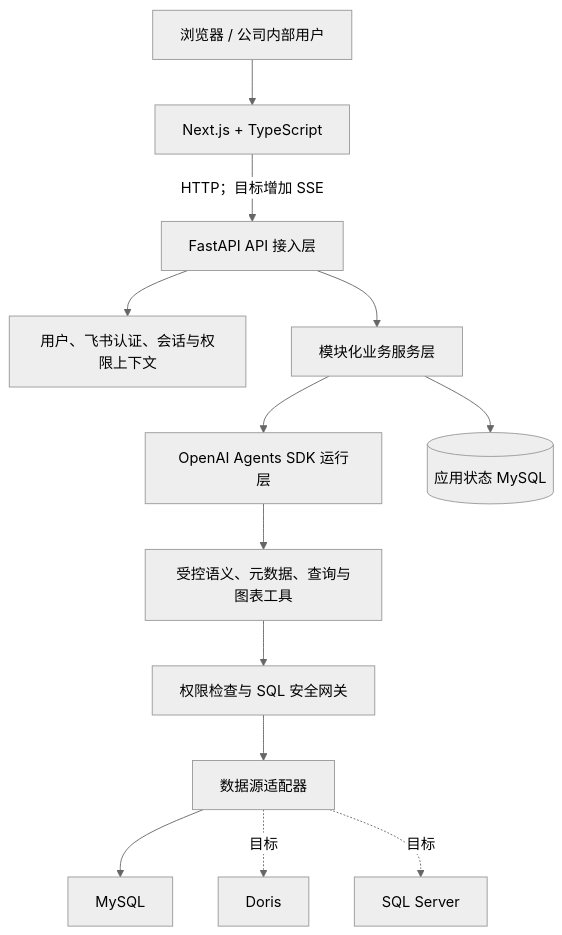
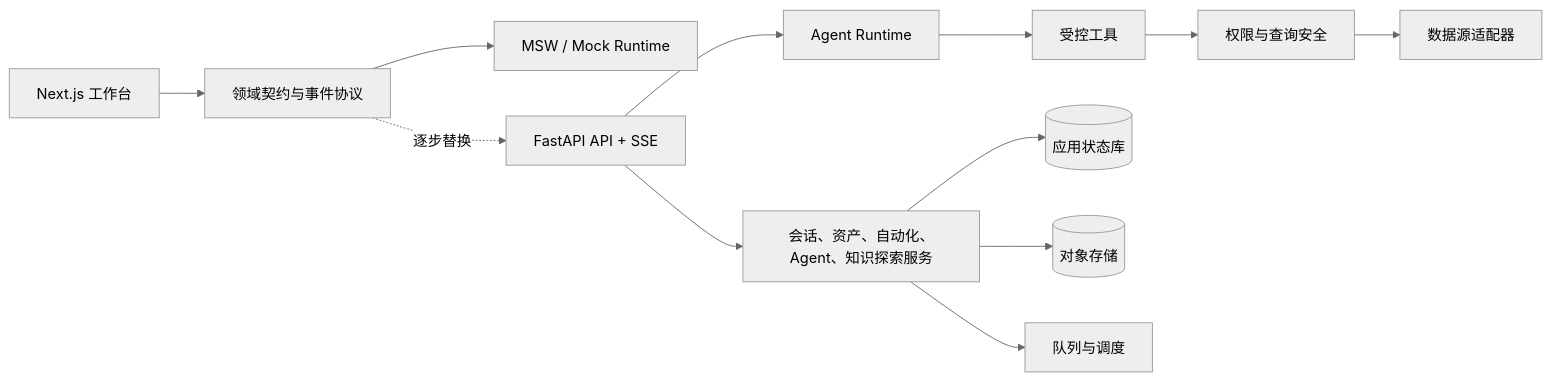
One commit to fanyafan93/agentic-genbi changed the diagram in docs/architecture/overview.md. Above: the diagram before and after it, drawn with Mermaid (neutral theme). The commit also changed other lines of this file and 100 other files, not shown here.

````diff
--- a/docs/architecture/overview.md
+++ b/docs/architecture/overview.md
@@ -22,15 +32,14 @@
 ```mermaid
-flowchart TB
-    User["浏览器 / 公司内部用户"] --> Web["Next.js + TypeScript"]
-    Web -->|"HTTP；目标增加 SSE"| API["FastAPI API 接入层"]
-    API --> Auth["用户、飞书认证、会话与权限上下文"]
-    API --> Services["模块化业务服务层"]
-    Services --> Runtime["OpenAI Agents SDK 运行层"]
-    Runtime --> Tools["受控语义、元数据、查询与图表工具"]
-    Tools --> Guard["权限检查与 SQL 安全网关"]
-    Guard --> Adapters["数据源适配器"]
-    Adapters --> MySQL["MySQL"]
-    Adapters -. "目标" .-> Doris["Doris"]
-    Adapters -. "目标" .-> SQLServer["SQL Server"]
-    Services --> AppState[("应用状态 MySQL")]
+flowchart LR
+  UI[Next.js 工作台] --> Contract[领域契约与事件协议]
+  Contract --> Mock[MSW / Mock Runtime]
+  Contract -.逐步替换.-> API[FastAPI API + SSE]
+  API --> Runtime[Agent Runtime]
+  API --> Domain[会话、资产、自动化、Agent、知识探索服务]
+  Runtime --> Tools[受控工具]
+  Tools --> Guard[权限与查询安全]
+  Guard --> Sources[数据源适配器]
+  Domain --> State[(应用状态库)]
+  Domain --> Objects[(对象存储)]
+  Domain --> Jobs[队列与调度]
 ```
````
